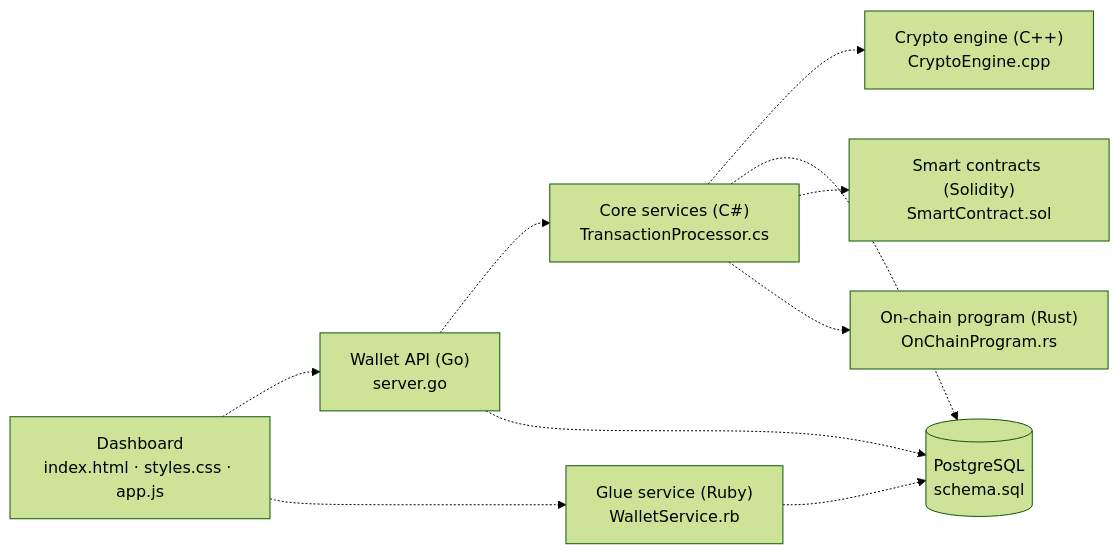
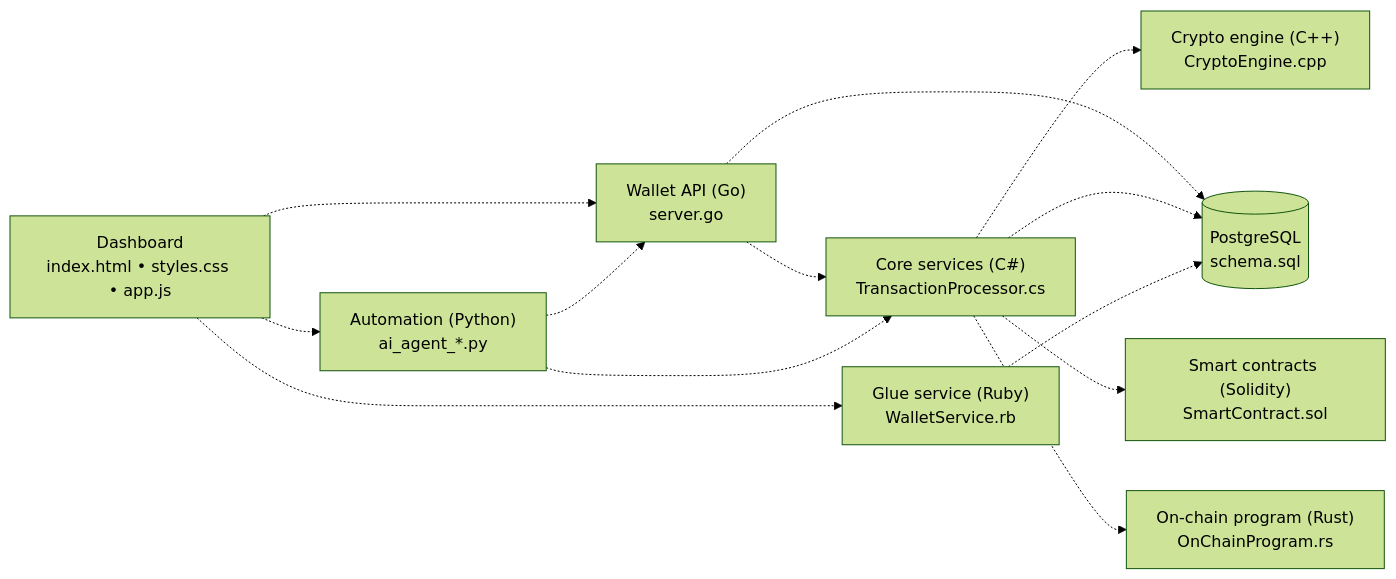
The diagram in README.md (LinkHAckerman/MasterProject), drawn with Mermaid (forest theme) before and after one commit. The commit also changed other lines of this file and 6 other files, not shown here.

Commit message:
Autonomous multi-language architecture evolution (5 agents)

````diff
--- a/README.md
+++ b/README.md
@@ -77,21 +72,25 @@
 ```mermaid
 flowchart LR
-    UI["Dashboard<br/>index.html · styles.css · app.js"]
+    UI["Dashboard<br/>index.html • styles.css • app.js"]
     GO["Wallet API (Go)<br/>server.go"]
     CS["Core services (C#)<br/>TransactionProcessor.cs"]
     CPP["Crypto engine (C++)<br/>CryptoEngine.cpp"]
     RB["Glue service (Ruby)<br/>WalletService.rb"]
     DB[("PostgreSQL<br/>schema.sql")]
     SOL["Smart contracts (Solidity)<br/>SmartContract.sol"]
-    RS["On-chain program (Rust)<br/>OnChainProgram.rs"]
+    RS["On‑chain program (Rust)<br/>OnChainProgram.rs"]
+    PY["Automation (Python)<br/>ai_agent_*.py"]
 
     UI -.-> GO
     UI -.-> RB
+    UI -.-> PY
     GO -.-> CS
+    GO -.-> DB
     CS -.-> CPP
     CS -.-> DB
-    GO -.-> DB
-    RB -.-> DB
     CS -.-> SOL
     CS -.-> RS
+    RB -.-> DB
+    PY -.-> GO
+    PY -.-> CS
 ```
````
